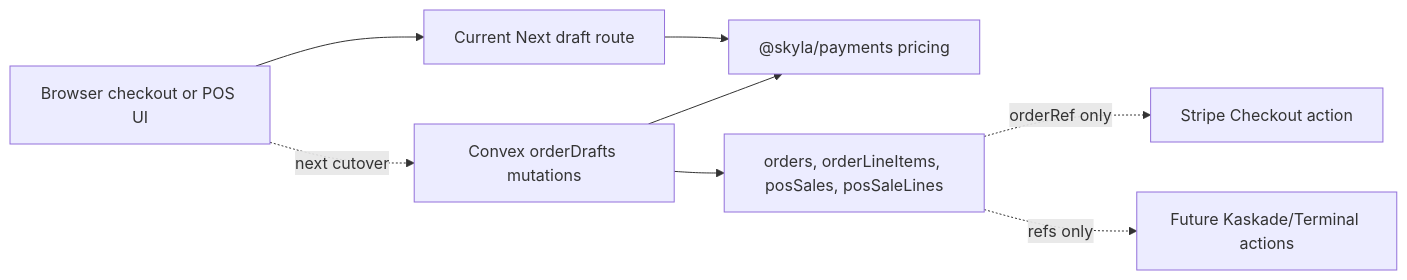
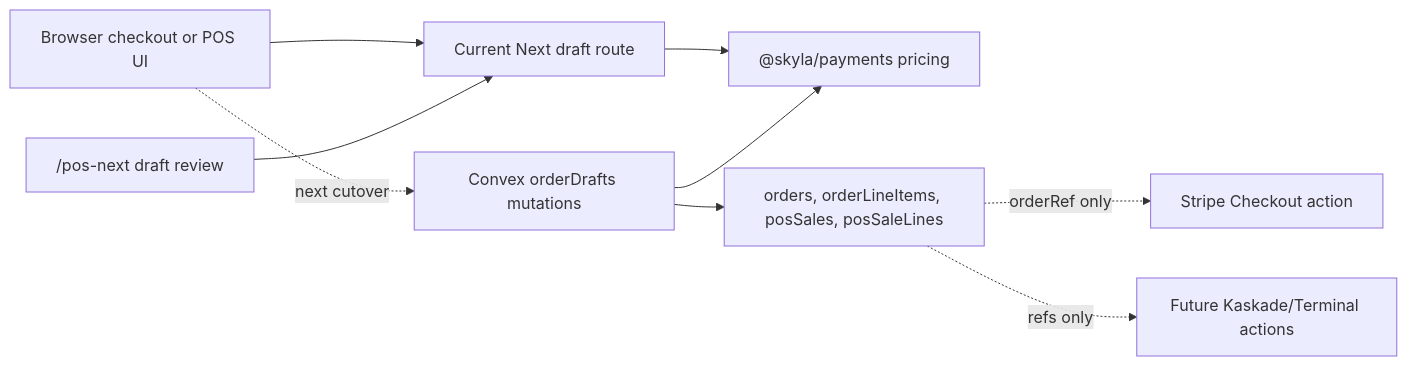
One commit to junyengit/skyla changed the diagram in docs/runbooks/convex-order-spine.md. Above: the diagram before and after it, drawn with Mermaid. The commit also changed other lines of this file and 15 other files, not shown here.

Commit message:
Add server-priced POS draft route

````diff
--- a/docs/runbooks/convex-order-spine.md
+++ b/docs/runbooks/convex-order-spine.md
@@ -37,17 +42,19 @@
 ```mermaid
 flowchart LR
   browser["Browser checkout or POS UI"]
   nextRoute["Current Next draft route"]
+  posNext["/pos-next draft review"]
   pricing["@skyla/payments pricing"]
   convexMutation["Convex orderDrafts mutations"]
   convexTables["orders, orderLineItems, posSales, posSaleLines"]
   stripe["Stripe Checkout action"]
   futureProviders["Future Kaskade/Terminal actions"]
 
   browser --> nextRoute --> pricing
+  posNext --> nextRoute
   browser -. next cutover .-> convexMutation
   convexMutation --> pricing
   convexMutation --> convexTables
   convexTables -. orderRef only .-> stripe
   convexTables -. refs only .-> futureProviders
 ```
````
